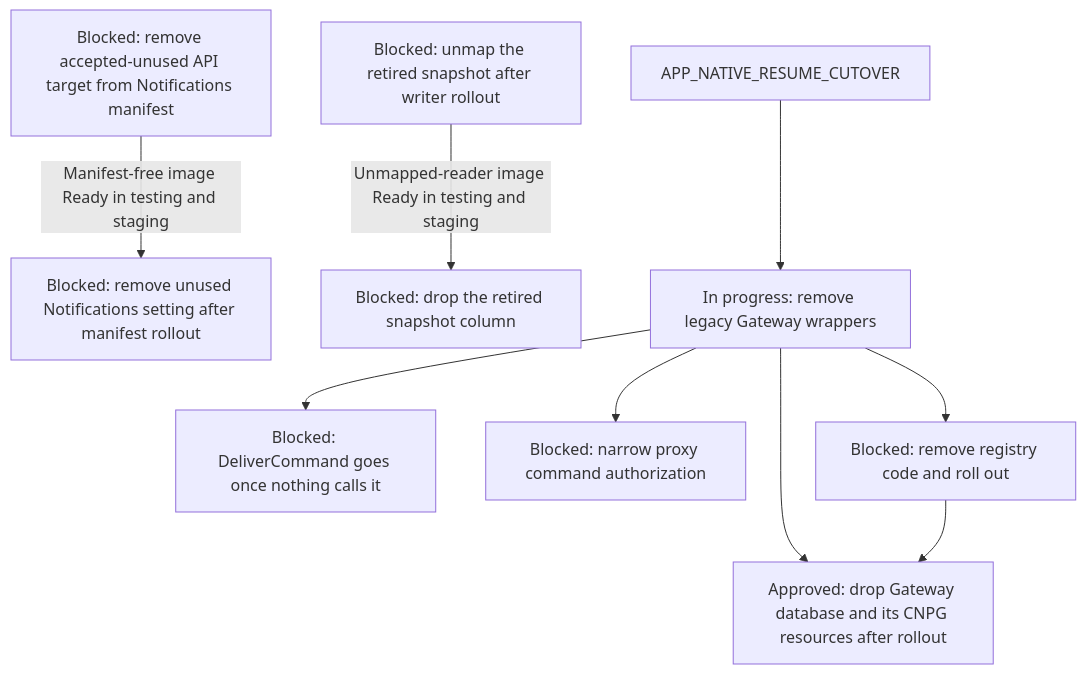
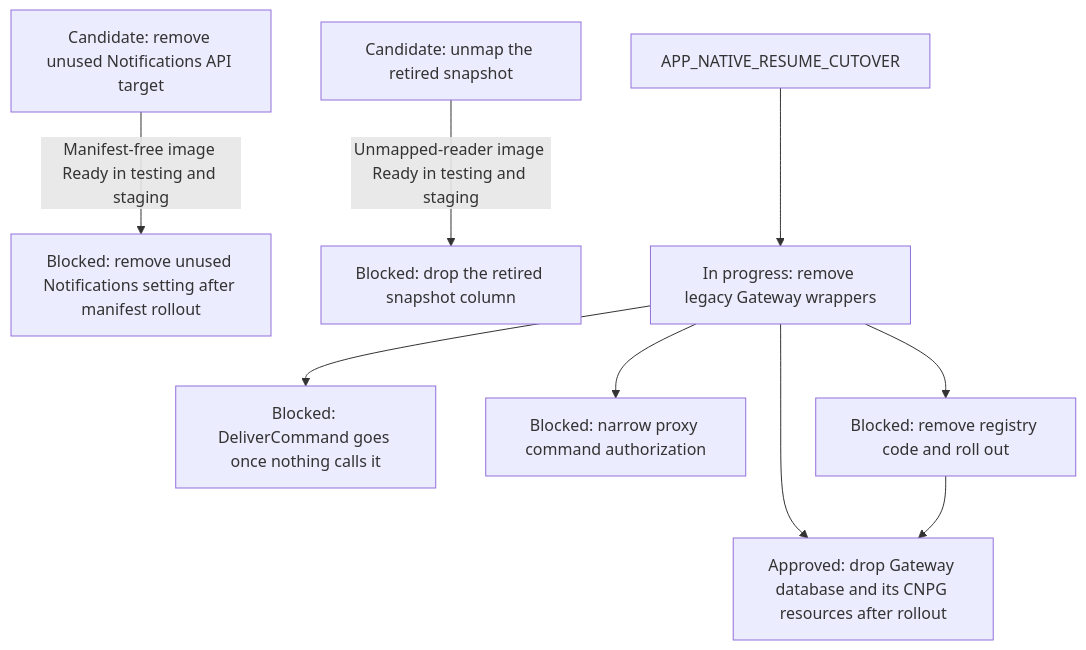
Before and after one commit to agentydragon/ducktape: diagram 15 of 16 in agentplane/plans/task_dag.md, drawn with Mermaid. The commit also changed other lines of this file, not shown here.

Commit message:
Unblock Agentplane cleanup after verifying deployed readers and writers

````diff
--- a/agentplane/plans/task_dag.md
+++ b/agentplane/plans/task_dag.md
@@ -1310,19 +1309,19 @@
 ```mermaid
 flowchart TD
     RUNNER_COMMAND_RPCS[Blocked: DeliverCommand goes once nothing calls it]
-    NOTIFICATION_GATEWAY_TARGET_MANIFEST_RETIRE[Blocked: remove accepted-unused API target from Notifications manifest]
+    NOTIFICATION_GATEWAY_TARGET_MANIFEST_RETIRE[Candidate: remove unused Notifications API target]
     NOTIFICATION_GATEWAY_TARGET_READER_RETIRE[Blocked: remove unused Notifications setting after manifest rollout]
     NOTIFICATION_GATEWAY_TARGET_MANIFEST_RETIRE -->|Manifest-free image Ready in testing and staging| NOTIFICATION_GATEWAY_TARGET_READER_RETIRE
-    DISPATCHER_OPENING_ATTACHED_READ_RETIRE[Blocked: unmap the retired snapshot after writer rollout]
+    DISPATCHER_OPENING_ATTACHED_READ_RETIRE[Candidate: unmap the retired snapshot]
     DISPATCHER_OPENING_ATTACHED_READ_RETIRE -->|Unmapped-reader image Ready in testing and staging| DISPATCHER_OPENING_ATTACHED_COLUMN_DROP[Blocked: drop the retired snapshot column]
     GATEWAY_WRAPPER_RETIRE --> RUNNER_COMMAND_RPCS
     GATEWAY_WRAPPER_RETIRE[In progress: remove legacy Gateway wrappers]
     APP_NATIVE_RESUME_CUTOVER --> GATEWAY_WRAPPER_RETIRE
     GATEWAY_DATABASE_DROP[Approved: drop Gateway database and its CNPG resources after rollout]
     PROXY_START_METHODS_DISPATCHER_ONLY[Blocked: narrow proxy command authorization]
     GATEWAY_WRAPPER_RETIRE --> PROXY_START_METHODS_DISPATCHER_ONLY
     GATEWAY_WRAPPER_RETIRE --> GATEWAY_DATABASE_DROP
     GATEWAY_SESSION_REGISTRY_RETIRE[Blocked: remove registry code and roll out]
     GATEWAY_WRAPPER_RETIRE --> GATEWAY_SESSION_REGISTRY_RETIRE
     GATEWAY_SESSION_REGISTRY_RETIRE --> GATEWAY_DATABASE_DROP
 ```
````
